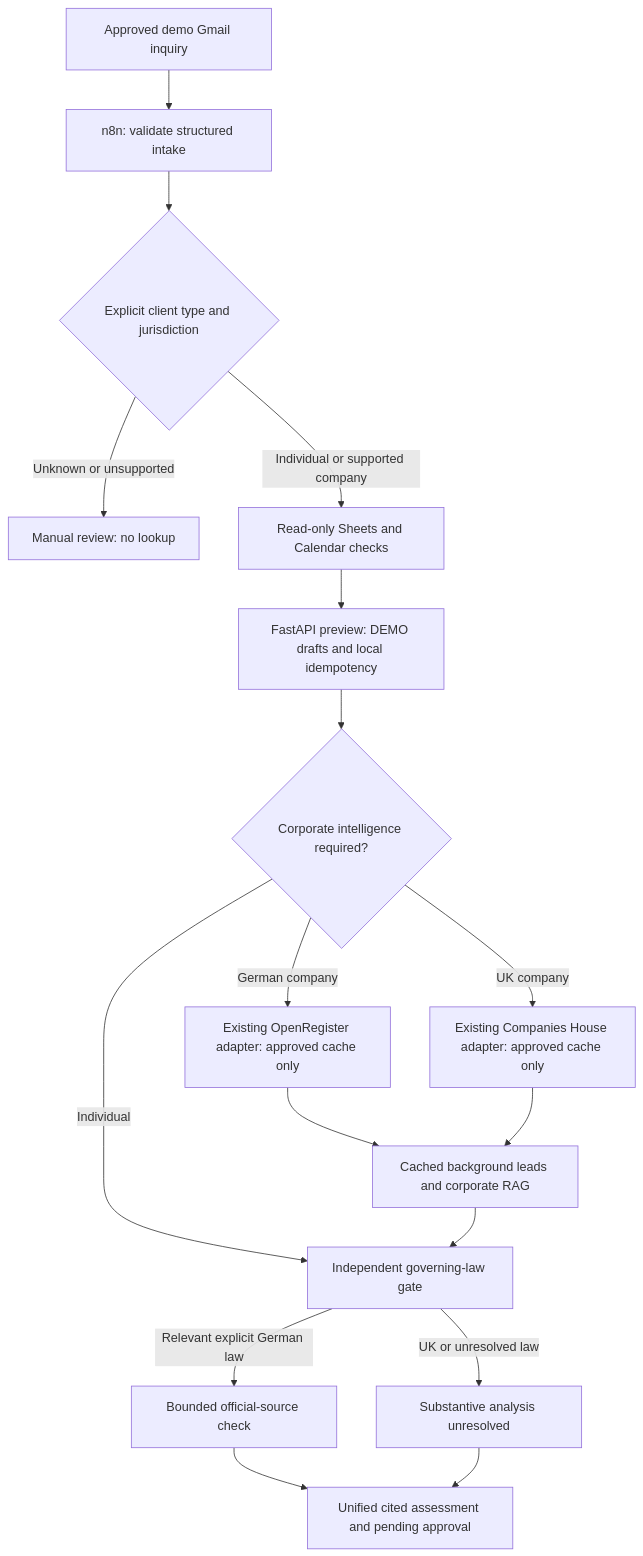
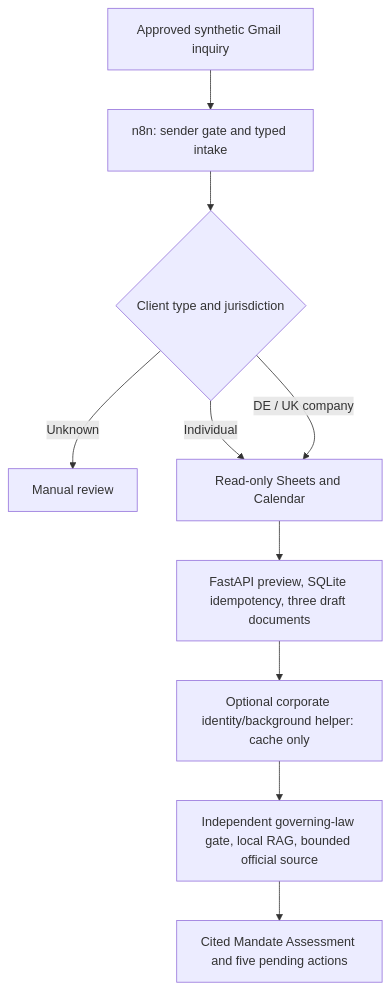
The diagram in README.md (sean173-lang/INCEPT), drawn with Mermaid before and after one commit. The commit also changed other lines of this file and 124 other files, not shown here.

````diff
--- a/README.md
+++ b/README.md
@@ -36,19 +9,12 @@
 ```mermaid
 flowchart TD
- A[Approved demo Gmail inquiry] --> B[n8n: validate structured intake]
- B --> C{Explicit client type and jurisdiction}
- C -->|Unknown or unsupported| R[Manual review: no lookup]
- C -->|Individual or supported company| D[Read-only Sheets and Calendar checks]
- D --> E[FastAPI preview: DEMO drafts and local idempotency]
- E --> F{Corporate intelligence required?}
- F -->|Individual| J[Independent governing-law gate]
- F -->|German company| G[Existing OpenRegister adapter: approved cache only]
- F -->|UK company| H[Existing Companies House adapter: approved cache only]
- G --> I[Cached background leads and corporate RAG]
- H --> I
- I --> J
- J -->|Relevant explicit German law| K[Bounded official-source check]
- J -->|UK or unresolved law| L[Substantive analysis unresolved]
- K --> M[Unified cited assessment and pending approval]
- L --> M
+ A[Approved synthetic Gmail inquiry] --> B[n8n: sender gate and typed intake]
+ B --> C{Client type and jurisdiction}
+ C -->|Unknown| R[Manual review]
+ C -->|Individual| D[Read-only Sheets and Calendar]
+ C -->|DE / UK company| D
+ D --> E[FastAPI preview, SQLite idempotency, three draft documents]
+ E --> F[Optional corporate identity/background helper: cache only]
+ F --> G[Independent governing-law gate, local RAG, bounded official source]
+ G --> H[Cited Mandate Assessment and five pending actions]
 ```
````
